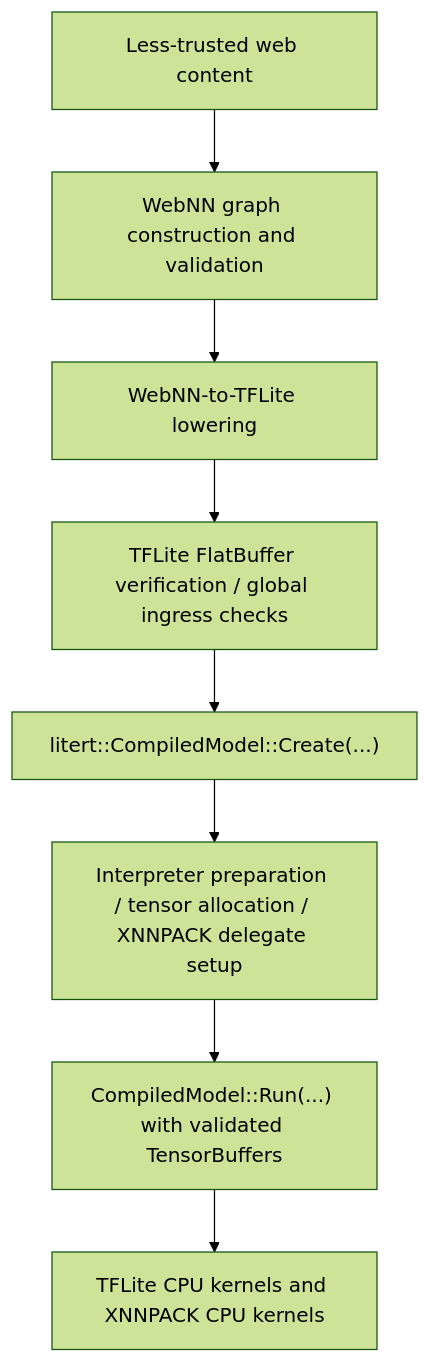
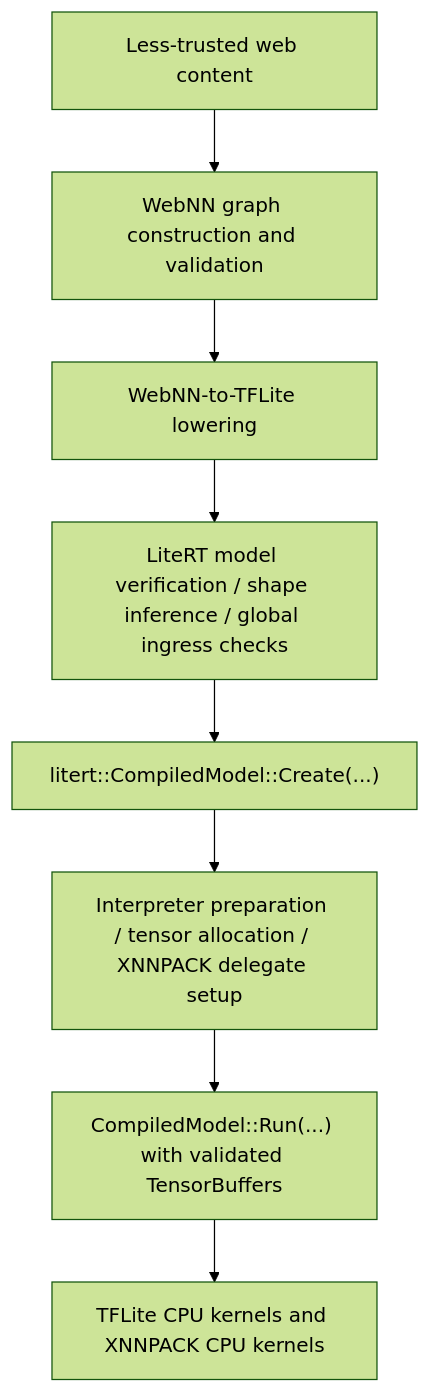
One commit to google-ai-edge/LiteRT changed the second of 2 diagrams in docs/instructions/security.md. Above: the diagram before and after it, drawn with Mermaid (forest theme). The commit also changed other lines of this file and 1 other file, not shown here.

First line of the commit message:
Update thread model doc to clarify empty tensor support

````diff
--- a/docs/instructions/security.md
+++ b/docs/instructions/security.md
@@ -129,20 +135,20 @@
 ```mermaid
 flowchart TD
 %% Phase 1: Node Definitions
 N_WebContent["Less-trusted web content"]
 N_GraphConstruction["WebNN graph construction and validation"]
 N_Lowering["WebNN-to-TFLite lowering"]
-N_Verification["TFLite FlatBuffer verification / global ingress checks"]
+N_Verification["LiteRT model verification / shape inference / global ingress checks"]
 N_CreateModel["litert::CompiledModel::Create#40;...#41;"]
 N_InterpreterPrep["Interpreter preparation / tensor allocation / XNNPACK delegate setup"]
 N_RunModel["CompiledModel::Run#40;...#41; with validated TensorBuffers"]
 N_CPUKernels["TFLite CPU kernels and XNNPACK CPU kernels"]
 %% Phase 2: Link Definitions
 N_WebContent --> N_GraphConstruction
 N_GraphConstruction --> N_Lowering
 N_Lowering --> N_Verification
 N_Verification --> N_CreateModel
 N_CreateModel --> N_InterpreterPrep
 N_InterpreterPrep --> N_RunModel
 N_RunModel --> N_CPUKernels
 ```
````
